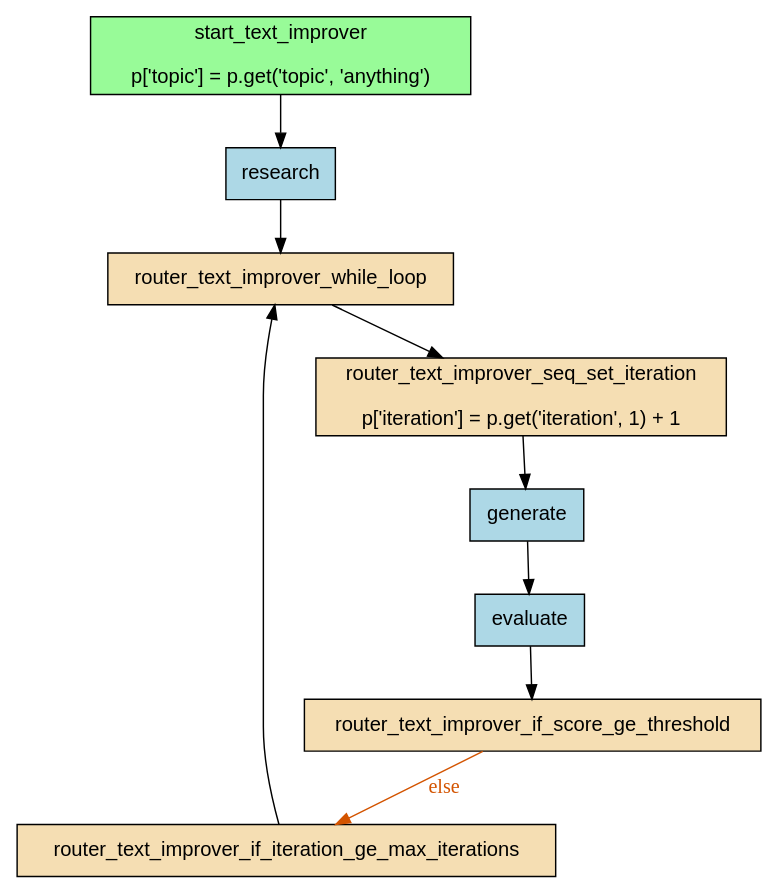
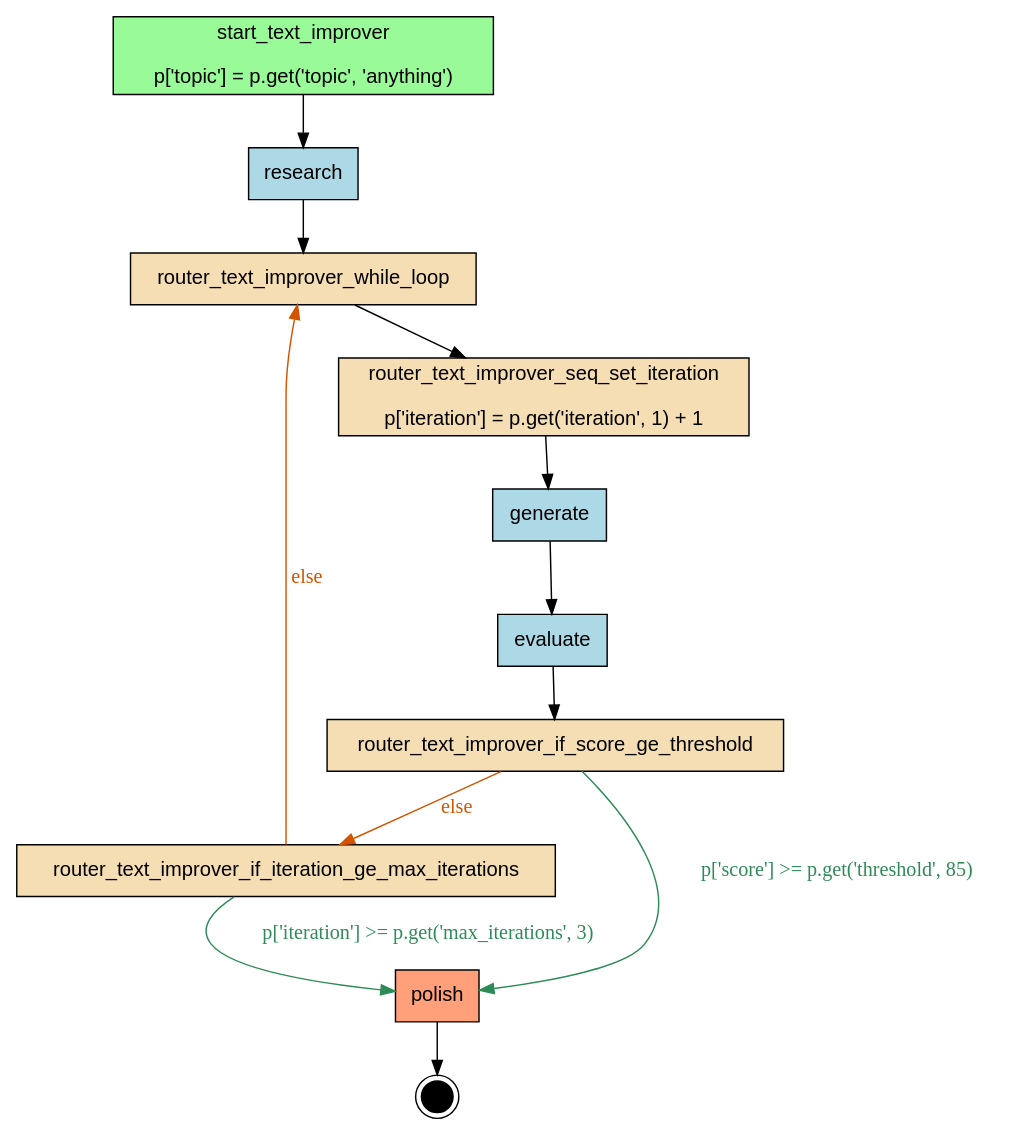
The diagram in examples/demo-kubecon/compiled/text-improver/artifacts/flow.dot (deliveryhero/asya), drawn with Graphviz before and after one commit. The commit also changed 25 other files, not shown here.

```diff
--- a/examples/demo-kubecon/compiled/text-improver/artifacts/flow.dot
+++ b/examples/demo-kubecon/compiled/text-improver/artifacts/flow.dot
@@ -1,24 +1,30 @@
 digraph "text_improver" {
     rankdir=TB;
     node [shape=box, style=filled, fontname="Helvetica"];
 
     { rank=source; start_text_improver; }
 
     evaluate [label="evaluate", fillcolor=lightblue];
     generate [label="generate", fillcolor=lightblue];
+    polish [label="polish", fillcolor=lightsalmon];
     research [label="research", fillcolor=lightblue];
     router_text_improver_if_iteration_ge_max_iterations [label="router_text_improver_if_iteration_ge_max_iterations", fillcolor=wheat];
     router_text_improver_if_score_ge_threshold [label="router_text_improver_if_score_ge_threshold", fillcolor=wheat];
     router_text_improver_seq_set_iteration [label="router_text_improver_seq_set_iteration\n\np['iteration'] = p.get('iteration', 1) + 1", fillcolor=wheat];
     router_text_improver_while_loop [label="router_text_improver_while_loop", fillcolor=wheat];
     start_text_improver [label="start_text_improver\n\np['topic'] = p.get('topic', 'anything')", fillcolor=palegreen];
 
+    __end__ [label="", shape=doublecircle, fillcolor=black, width=0.3, fixedsize=true];
+
     start_text_improver -> research;
     research -> router_text_improver_while_loop;
+    router_text_improver_if_iteration_ge_max_iterations -> polish [label="p['iteration'] >= p.get('max_iterations', 3)", color="#2E8B57", fontcolor="#2E8B57"];
     router_text_improver_if_score_ge_threshold -> router_text_improver_if_iteration_ge_max_iterations [label="else", color="#D35400", fontcolor="#D35400"];
+    router_text_improver_if_score_ge_threshold -> polish [label="p['score'] >= p.get('threshold', 85)", color="#2E8B57", fontcolor="#2E8B57"];
     router_text_improver_seq_set_iteration -> generate;
     generate -> evaluate;
     evaluate -> router_text_improver_if_score_ge_threshold;
     router_text_improver_while_loop -> router_text_improver_seq_set_iteration;
-    router_text_improver_if_iteration_ge_max_iterations -> router_text_improver_while_loop;
+    router_text_improver_if_iteration_ge_max_iterations -> router_text_improver_while_loop [label="else", color="#D35400", fontcolor="#D35400"];
+    polish -> __end__;
 }
```
